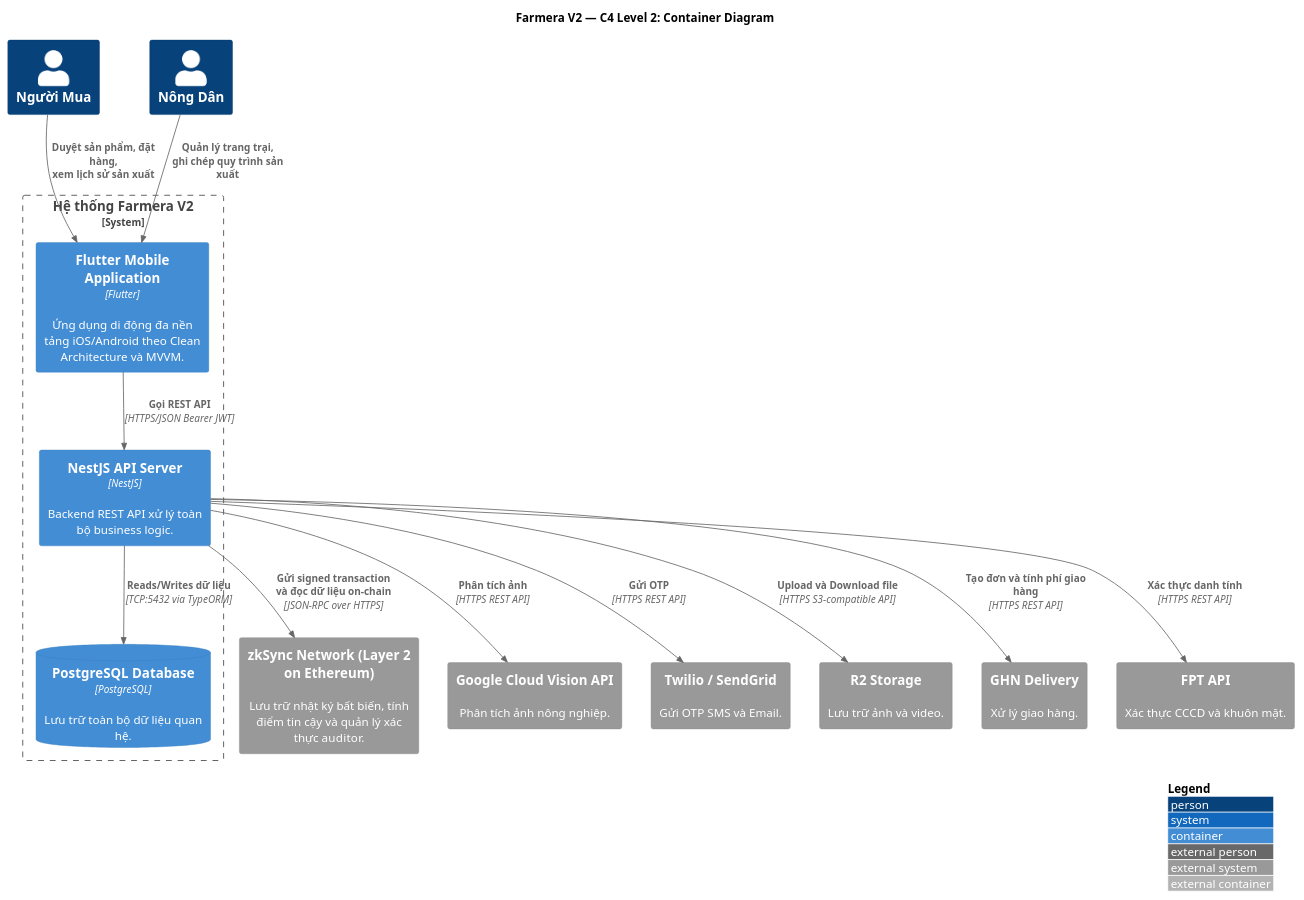
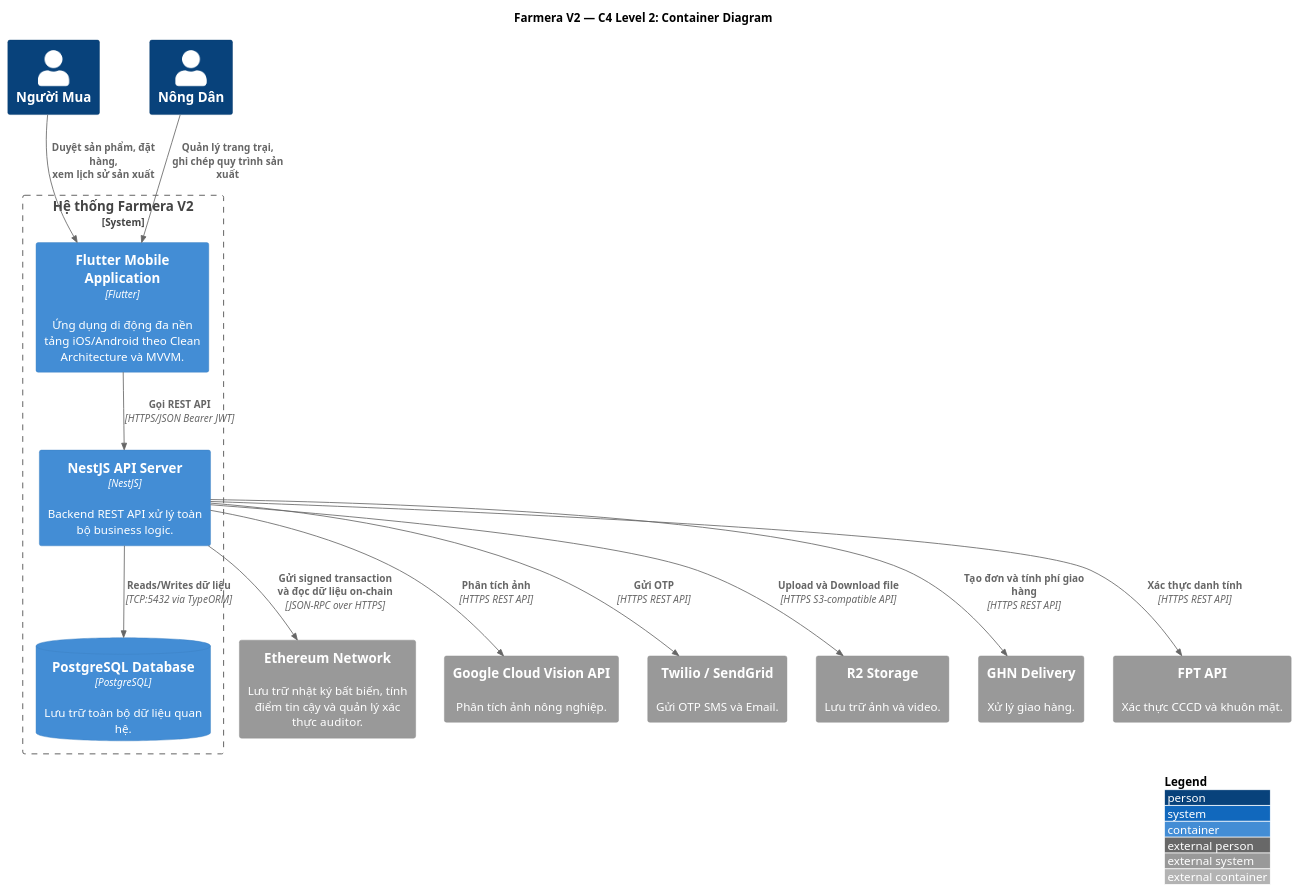
Before and after one commit to FarmeraV2/Farmera-V2-backend: the second of 2 diagrams in claude/thesis/CHAPTER4-1.md, drawn with PlantUML. The commit also changed other lines of this file and 2 other files, not shown here.

Commit message:
temp commit

````diff
--- a/claude/thesis/CHAPTER4-1.md
+++ b/claude/thesis/CHAPTER4-1.md
@@ -40,38 +40,38 @@
 ```plantuml
 @startuml
 !include https://raw.githubusercontent.com/plantuml-stdlib/C4-PlantUML/master/C4_Container.puml
 
 LAYOUT_WITH_LEGEND()
 
 title Farmera V2 — C4 Level 2: Container Diagram
 
 Person(buyer, "Người Mua", "")
 Person(farmer, "Nông Dân", "")
 
 System_Boundary(farmera, "Hệ thống Farmera V2") {
     Container(mobile_app, "Flutter Mobile Application", "Flutter", "Ứng dụng di động đa nền tảng iOS/Android theo Clean Architecture và MVVM.")
     Container(nestjs_api, "NestJS API Server", "NestJS", "Backend REST API xử lý toàn bộ business logic.")
     ContainerDb(postgres, "PostgreSQL Database", "PostgreSQL", "Lưu trữ toàn bộ dữ liệu quan hệ.")
 }
 
-System_Ext(zksync, "zkSync Network (Layer 2 on Ethereum)", "Lưu trữ nhật ký bất biến, tính điểm tin cậy và quản lý xác thực auditor.")
+System_Ext(ethereum, "Ethereum Network", "Lưu trữ nhật ký bất biến, tính điểm tin cậy và quản lý xác thực auditor.")
 System_Ext(gcloud_vision, "Google Cloud Vision API", "Phân tích ảnh nông nghiệp.")
 System_Ext(twilio, "Twilio / SendGrid", "Gửi OTP SMS và Email.")
 System_Ext(file_storage, "R2 Storage", "Lưu trữ ảnh và video.")
 System_Ext(ghn, "GHN Delivery", "Xử lý giao hàng.")
 System_Ext(fpt, "FPT API", "Xác thực CCCD và khuôn mặt.")
 
 Rel(buyer, mobile_app, "Duyệt sản phẩm, đặt hàng,\nxem lịch sử sản xuất") 
 Rel(farmer, mobile_app, "Quản lý trang trại,\nghi chép quy trình sản xuất")
 
 Rel(mobile_app, nestjs_api, "Gọi REST API", "HTTPS/JSON Bearer JWT")
 Rel(nestjs_api, postgres, "Reads/Writes dữ liệu", "TCP:5432 via TypeORM")
-Rel(nestjs_api, zksync, "Gửi signed transaction và đọc dữ liệu on-chain", "JSON-RPC over HTTPS")
+Rel(nestjs_api, ethereum, "Gửi signed transaction và đọc dữ liệu on-chain", "JSON-RPC over HTTPS")
 Rel(nestjs_api, gcloud_vision, "Phân tích ảnh", "HTTPS REST API")
 Rel(nestjs_api, fpt, "Xác thực danh tính", "HTTPS REST API")
 Rel(nestjs_api, twilio, "Gửi OTP", "HTTPS REST API")
 Rel(nestjs_api, file_storage, "Upload và Download file", "HTTPS S3-compatible API")
 Rel(nestjs_api, ghn, "Tạo đơn và tính phí giao hàng", "HTTPS REST API")
 
 @enduml
 ```
````
